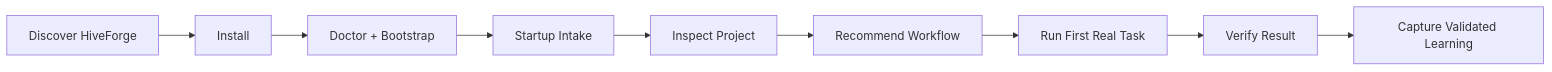
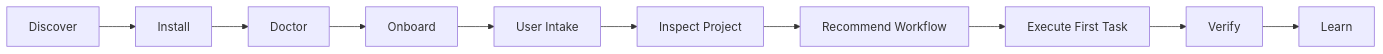
The first of 5 diagrams in README.md (Bigper4mer/UnparalleledSource), drawn with Mermaid before and after one commit. The commit also changed other lines of this file, not shown here.

Commit message:
docs: make HiveForge README a guided product landing page

````diff
--- a/README.md
+++ b/README.md
@@ -43,11 +44,12 @@
 ```mermaid
 flowchart LR
-    A[Discover HiveForge] --> B[Install]
-    B --> C[Doctor + Bootstrap]
-    C --> D[Startup Intake]
-    D --> E[Inspect Project]
-    E --> F[Recommend Workflow]
-    F --> G[Run First Real Task]
-    G --> H[Verify Result]
-    H --> I[Capture Validated Learning]
+    A[Discover] --> B[Install]
+    B --> C[Doctor]
+    C --> D[Onboard]
+    D --> E[User Intake]
+    E --> F[Inspect Project]
+    F --> G[Recommend Workflow]
+    G --> H[Execute First Task]
+    H --> I[Verify]
+    I --> J[Learn]
 ```
````
